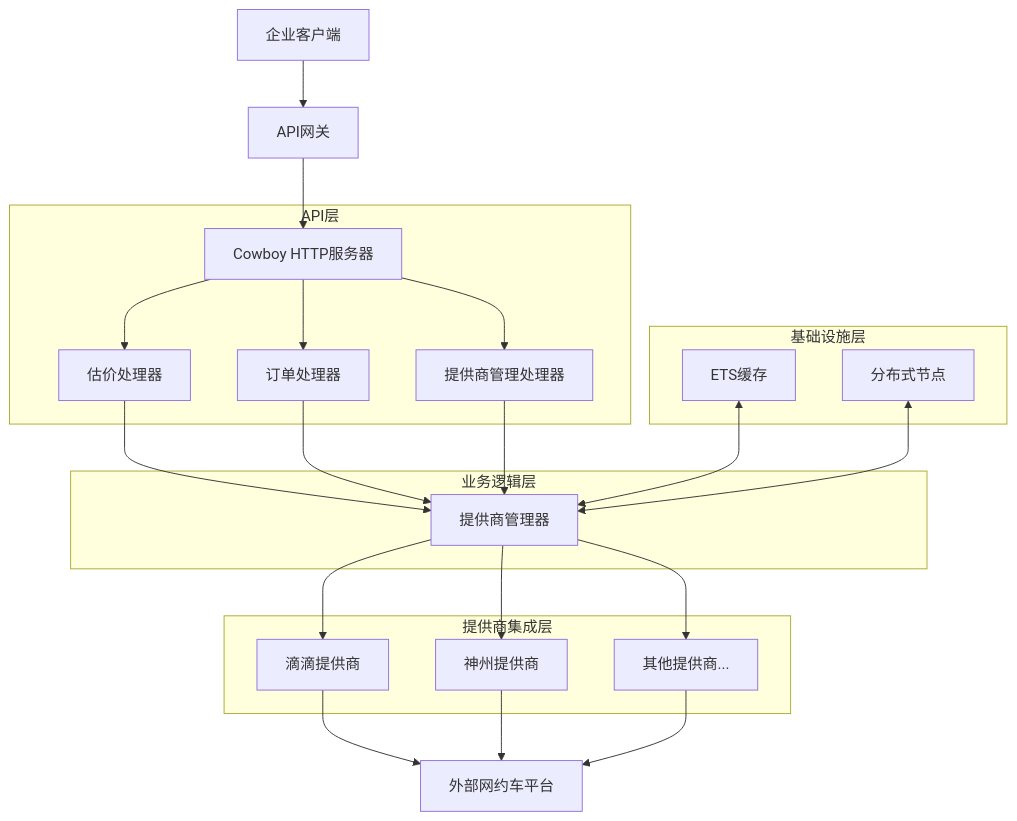
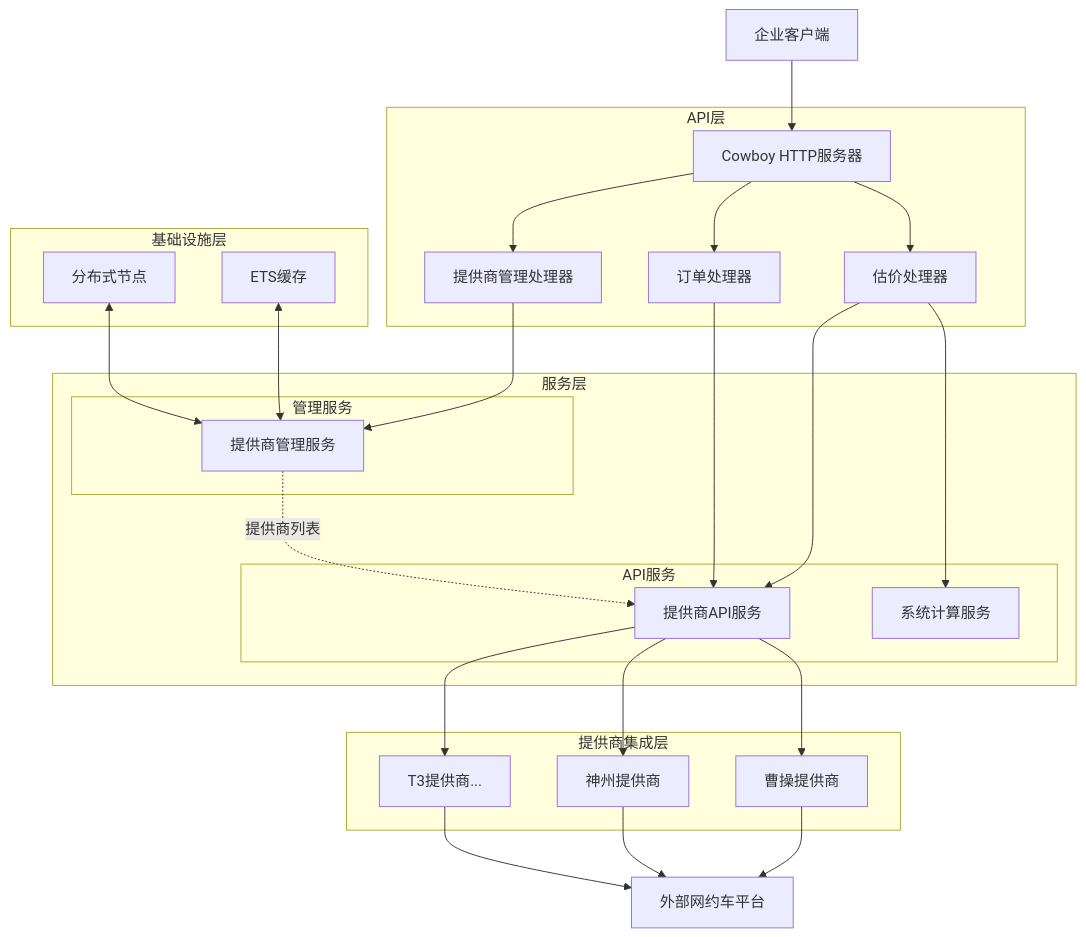
One commit to gch8537445/ExternalTransService_erlang changed the first of 4 diagrams in 企业网约车后台服务分析.md. Above: the diagram before and after it, drawn with Mermaid. The commit also changed other lines of this file, not shown here.

````diff
--- a/企业网约车后台服务分析.md
+++ b/企业网约车后台服务分析.md
@@ -34,32 +35,39 @@
 ```mermaid
 graph TD
-    A[企业客户端] --> B[API网关]
-    B --> C[Cowboy HTTP服务器]
+    A[企业客户端] --> B[Cowboy HTTP服务器]
     
     subgraph "API层"
-        C --> D1[估价处理器]
-        C --> D2[订单处理器]
-        C --> D3[提供商管理处理器]
+        B --> C1[估价处理器]
+        B --> C2[订单处理器]
+        B --> C3[提供商管理处理器]
     end
     
-    subgraph "业务逻辑层"
-        D1 --> E[提供商管理器]
-        D2 --> E
-        D3 --> E
+    subgraph "服务层"
+        subgraph "管理服务"
+            C3 --> D1[提供商管理服务]
+        end
+        
+        subgraph "API服务"
+            C1 --> D2[提供商API服务]
+            C1 --> D3[系统计算服务]
+            C2 --> D2
+        end
+        
+        D1 -.提供商列表.-> D2
     end
     
     subgraph "提供商集成层"
-        E --> F1[滴滴提供商]
-        E --> F2[神州提供商]
-        E --> F3[其他提供商...]
+        D2 --> E1[曹操提供商]
+        D2 --> E2[神州提供商]
+        D2 --> E3[T3提供商...]
     end
     
     subgraph "基础设施层"
-        G[ETS缓存] <--> E
-        H[分布式节点] <--> E
+        F[ETS缓存] <--> D1
+        G[分布式节点] <--> D1
     end
     
-    F1 --> I[外部网约车平台]
-    F2 --> I
-    F3 --> I
+    E1 --> H[外部网约车平台]
+    E2 --> H
+    E3 --> H
 ```
````
